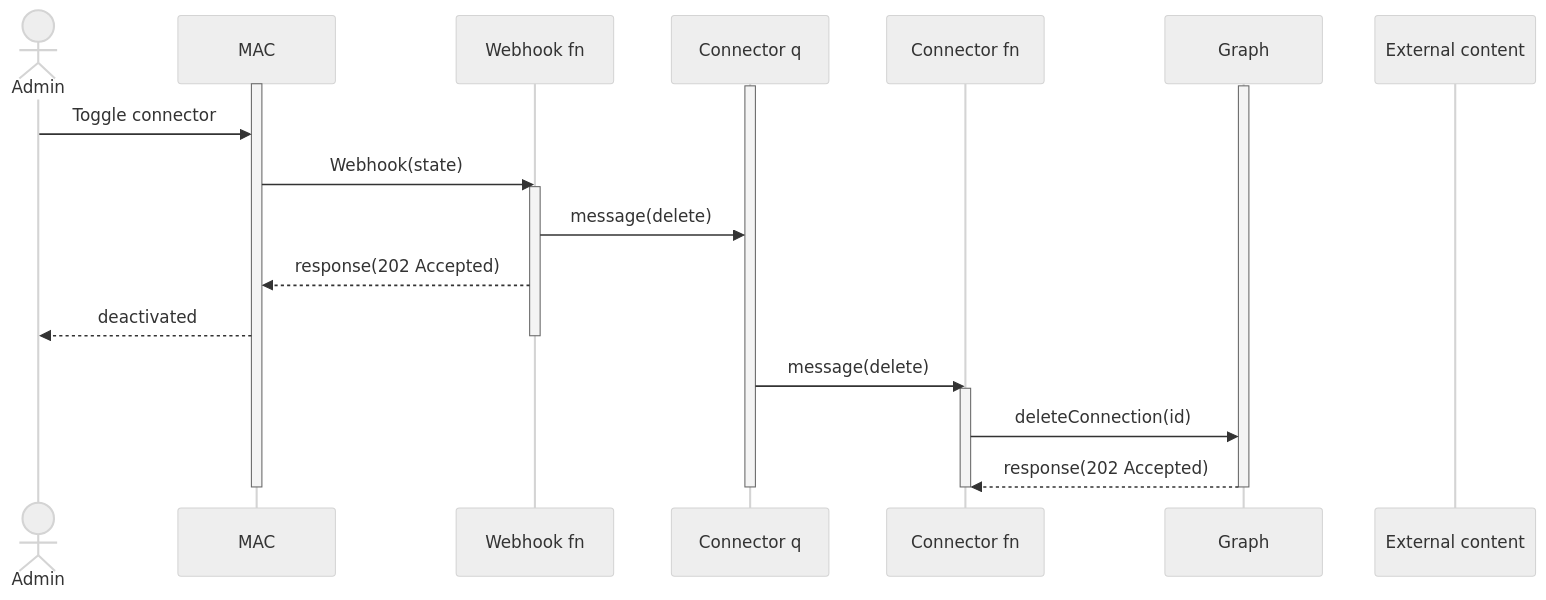
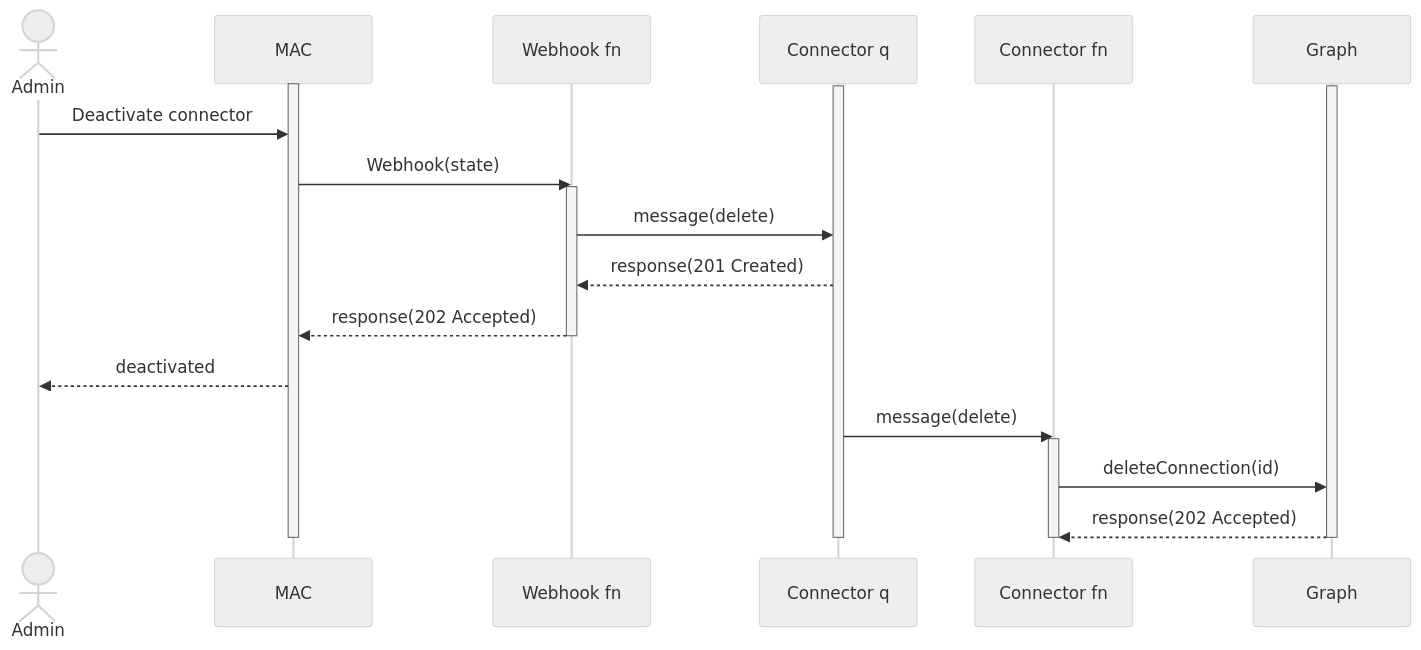
Before and after one commit to garrytrinder/food-catalog-graph-connector: the second of 5 diagrams in readme.md, drawn with Mermaid (neutral theme). The commit also changed other lines of this file, not shown here.

Commit message:
Updates diagrams

````diff
--- a/readme.md
+++ b/readme.md
@@ -106,33 +78,32 @@
 ```mermaid
 sequenceDiagram
   actor Admin
   participant MAC
   participant Webhook fn
   participant Connector q
   participant Connector fn
   participant Graph
-  participant External content
   
   activate MAC
   activate Connector q
   activate Graph
-  activate External content
 
-  Admin->>MAC:Toggle connector
+  Admin->>MAC:Deactivate connector
   MAC->>Webhook fn:Webhook(state)
   activate Webhook fn
   Webhook fn->>Connector q:message(delete)
+  Connector q-->>Webhook fn:response(201 Created)
   Webhook fn-->>MAC:response(202 Accepted)
+  deactivate Webhook fn
   MAC-->>Admin:deactivated
-  deactivate Webhook fn
 
   Connector q->>Connector fn:message(delete)
   activate Connector fn
   Connector fn->>Graph:deleteConnection(id)
   Graph-->>Connector fn:response(202 Accepted)
   deactivate Connector fn
   
   deactivate Graph
   deactivate Connector q
   deactivate MAC
 ```
````
